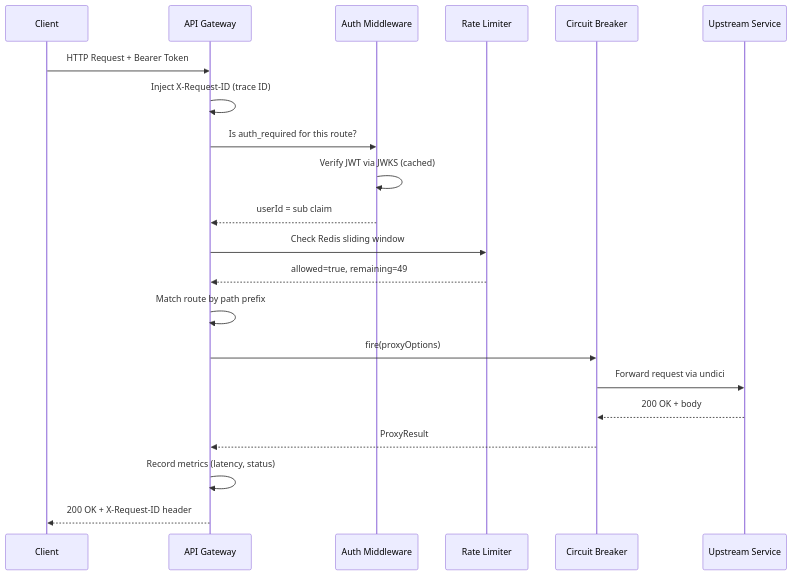
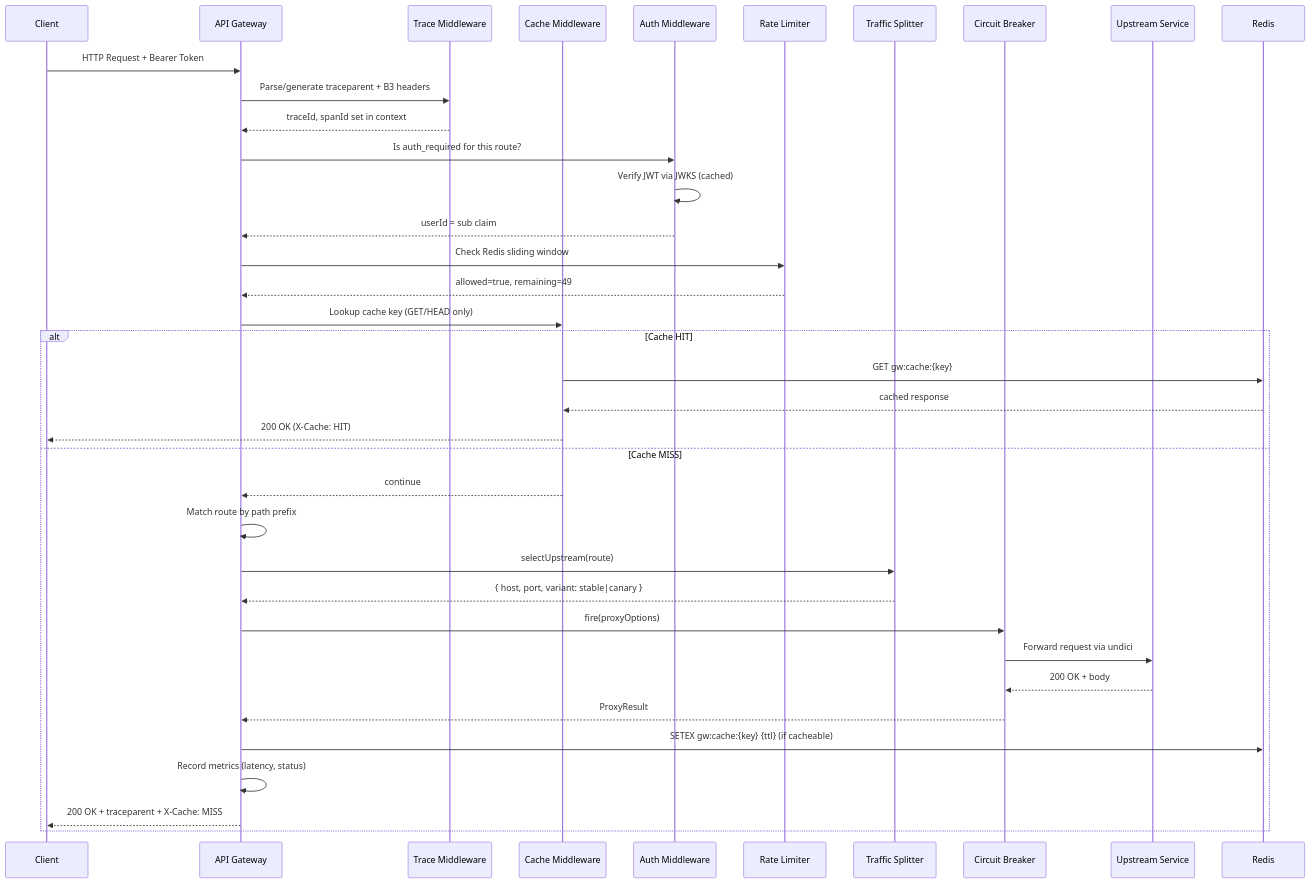
The second of 3 diagrams in docs/diagrams/architecture.md (marcos-astudillo/ts-api-gateway), drawn with Mermaid before and after one commit. The commit also changed other lines of this file and 28 other files, not shown here.

````diff
--- a/docs/diagrams/architecture.md
+++ b/docs/diagrams/architecture.md
@@ -36,24 +44,40 @@
 ```mermaid
 sequenceDiagram
     participant C as Client
     participant GW as API Gateway
+    participant TRACE as Trace Middleware
+    participant CACHE as Cache Middleware
     participant AUTH as Auth Middleware
     participant RL as Rate Limiter
+    participant CS as Traffic Splitter
     participant CB as Circuit Breaker
     participant UP as Upstream Service
+    participant REDIS as Redis
 
     C->>GW: HTTP Request + Bearer Token
-    GW->>GW: Inject X-Request-ID (trace ID)
+    GW->>TRACE: Parse/generate traceparent + B3 headers
+    TRACE-->>GW: traceId, spanId set in context
     GW->>AUTH: Is auth_required for this route?
     AUTH->>AUTH: Verify JWT via JWKS (cached)
     AUTH-->>GW: userId = sub claim
     GW->>RL: Check Redis sliding window
     RL-->>GW: allowed=true, remaining=49
-    GW->>GW: Match route by path prefix
-    GW->>CB: fire(proxyOptions)
-    CB->>UP: Forward request via undici
-    UP-->>CB: 200 OK + body
-    CB-->>GW: ProxyResult
-    GW->>GW: Record metrics (latency, status)
-    GW-->>C: 200 OK + X-Request-ID header
+    GW->>CACHE: Lookup cache key (GET/HEAD only)
+    alt Cache HIT
+        CACHE->>REDIS: GET gw:cache:{key}
+        REDIS-->>CACHE: cached response
+        CACHE-->>C: 200 OK (X-Cache: HIT)
+    else Cache MISS
+        CACHE-->>GW: continue
+        GW->>GW: Match route by path prefix
+        GW->>CS: selectUpstream(route)
+        CS-->>GW: { host, port, variant: stable|canary }
+        GW->>CB: fire(proxyOptions)
+        CB->>UP: Forward request via undici
+        UP-->>CB: 200 OK + body
+        CB-->>GW: ProxyResult
+        GW->>REDIS: SETEX gw:cache:{key} {ttl} (if cacheable)
+        GW->>GW: Record metrics (latency, status)
+        GW-->>C: 200 OK + traceparent + X-Cache: MISS
+    end
 ```
````
